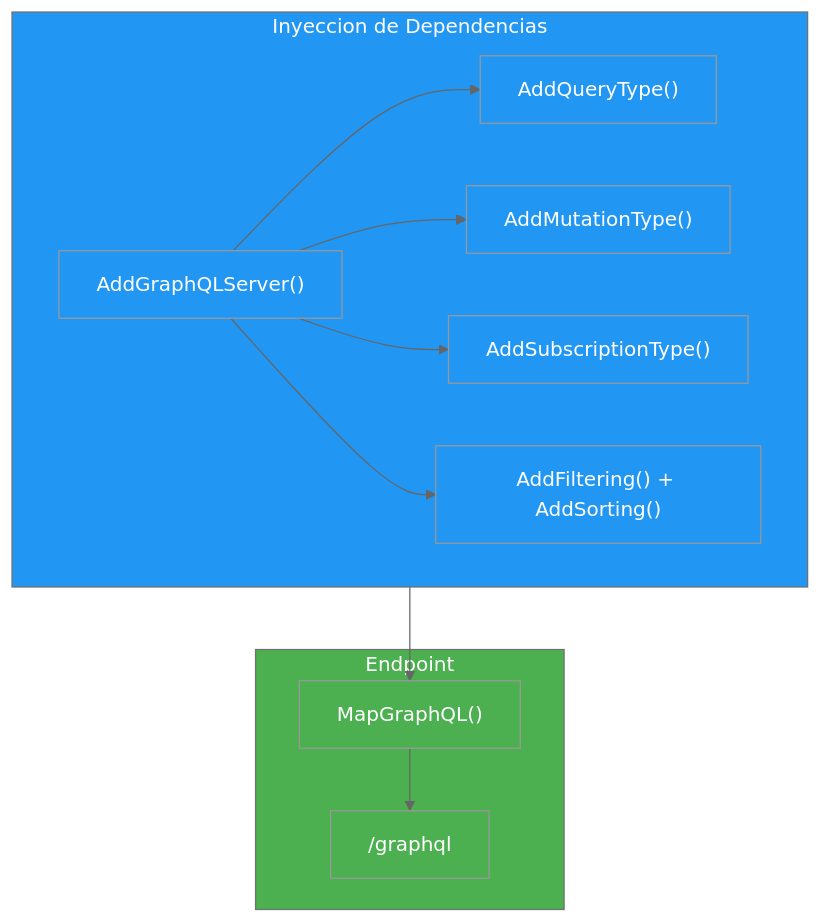
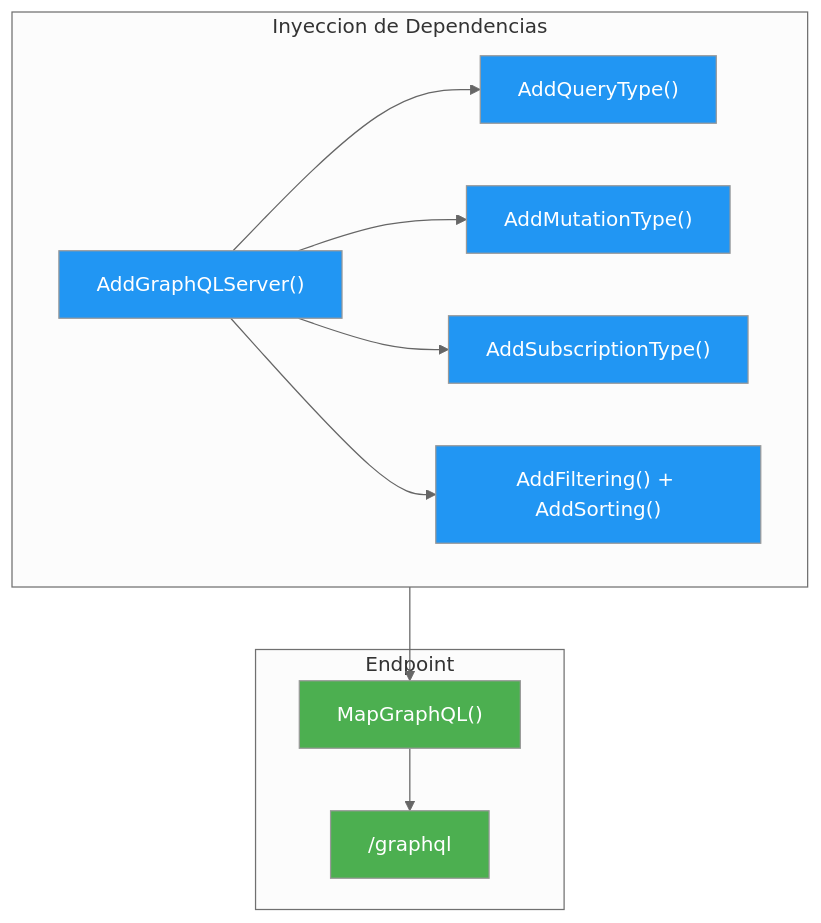
The third of 10 diagrams in 19-graphql.md (joseluisgs/DesarrolloWebEntornosServidor-02-2026-2027), drawn with Mermaid (neutral theme) before and after one commit. The commit also changed other lines of this file and 4 other files, not shown here.

Commit message:
docs: quitar el relleno a los subgraf de los diagramas de los temas 01, 10, 11, 19 y 30

````diff
--- a/19-graphql.md
+++ b/19-graphql.md
@@ -194,25 +190,23 @@
 ```mermaid
 flowchart TD
     subgraph DI["Inyeccion de Dependencias"]
         A["AddGraphQLServer()"] --> B["AddQueryType()"]
         A --> C["AddMutationType()"]
         A --> D["AddSubscriptionType()"]
         A --> E["AddFiltering() + AddSorting()"]
     end
 
     subgraph ENDPOINT["Endpoint"]
         F["MapGraphQL()"] --> G["/graphql"]
     end
 
     DI --> F
 
-    style DI fill:#2196F3,color:#fff
-    style ENDPOINT fill:#4CAF50,color:#fff
     style A fill:#2196F3,color:#fff
     style B fill:#2196F3,color:#fff
     style C fill:#2196F3,color:#fff
     style D fill:#2196F3,color:#fff
     style E fill:#2196F3,color:#fff
     style F fill:#4CAF50,color:#fff
     style G fill:#4CAF50,color:#fff
 ```
````
